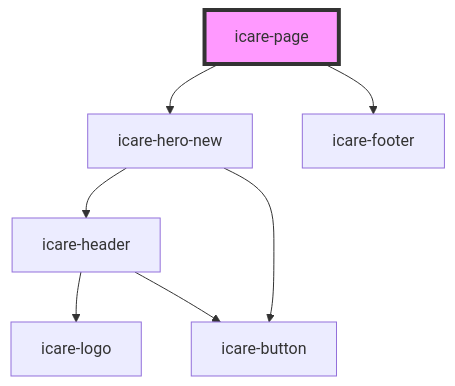
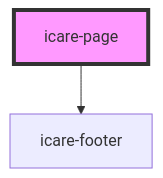
One commit to ajkirwan1/icare-components changed the diagram in src/components/icare-page/readme.md. Above: the diagram before and after it, drawn with Mermaid. The commit also changed other lines of this file and 22 other files, not shown here.

````diff
--- a/src/components/icare-page/readme.md
+++ b/src/components/icare-page/readme.md
@@ -16,10 +15,5 @@
 ```mermaid
 graph TD;
-  icare-page --> icare-hero-new
   icare-page --> icare-footer
-  icare-hero-new --> icare-header
-  icare-hero-new --> icare-button
-  icare-header --> icare-logo
-  icare-header --> icare-button
   style icare-page fill:#f9f,stroke:#333,stroke-width:4px
 ```
````
